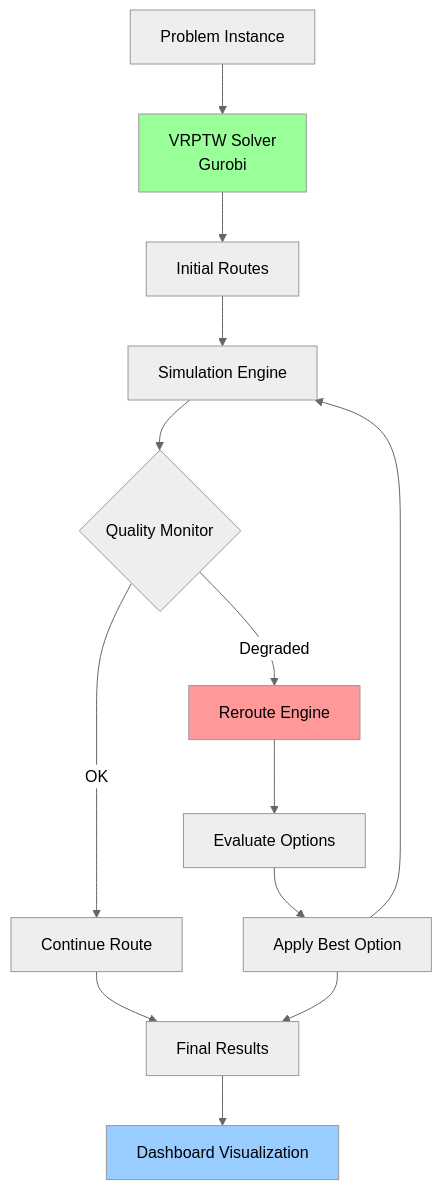
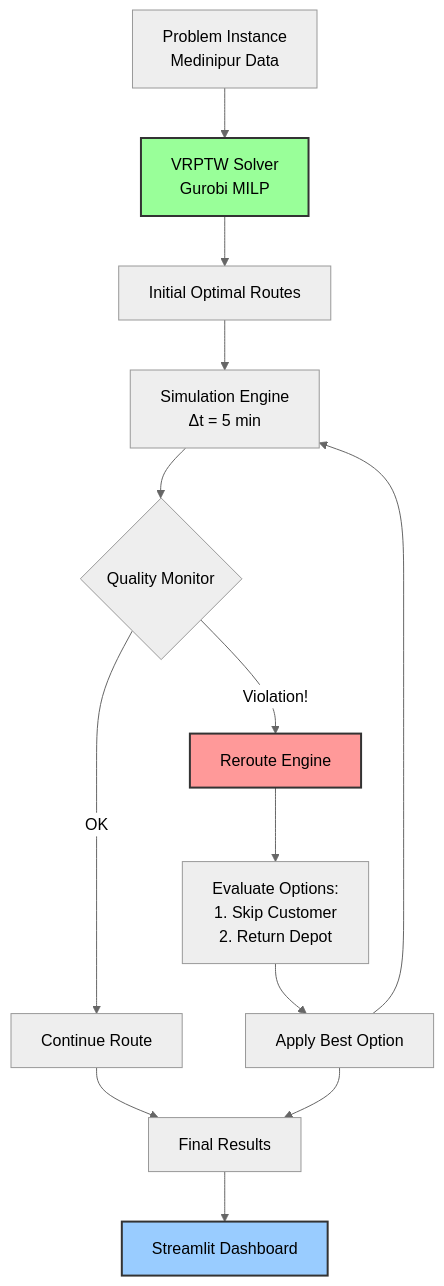
The diagram in README.md (CodeAceKing382/Cold-chain-autonomous-rerouting), drawn with Mermaid (neutral theme) before and after one commit. The commit also changed other lines of this file, not shown here.

Commit message:
Update README.md with comprehensive project details, team info, and roadmap

````diff
--- a/README.md
+++ b/README.md
@@ -27,19 +39,19 @@
 ```mermaid
 flowchart TB
-    A[Problem Instance] --> B[VRPTW Solver<br/>Gurobi]
-    B --> C[Initial Routes]
-    C --> D[Simulation Engine]
+    A[Problem Instance<br/>Medinipur Data] --> B[VRPTW Solver<br/>Gurobi MILP]
+    B --> C[Initial Optimal Routes]
+    C --> D[Simulation Engine<br/>Δt = 5 min]
     D --> E{Quality Monitor}
     E -->|OK| F[Continue Route]
-    E -->|Degraded| G[Reroute Engine]
-    G --> H[Evaluate Options]
+    E -->|Violation!| G[Reroute Engine]
+    G --> H[Evaluate Options:<br/>1. Skip Customer<br/>2. Return Depot]
     H --> I[Apply Best Option]
     I --> D
     F --> J[Final Results]
     I --> J
-    J --> K[Dashboard Visualization]
+    J --> K[Streamlit Dashboard]
     
-    style G fill:#ff9999
-    style K fill:#99ccff
-    style B fill:#99ff99
+    style G fill:#ff9999,stroke:#333,stroke-width:2px
+    style K fill:#99ccff,stroke:#333,stroke-width:2px
+    style B fill:#99ff99,stroke:#333,stroke-width:2px
 ```
````
